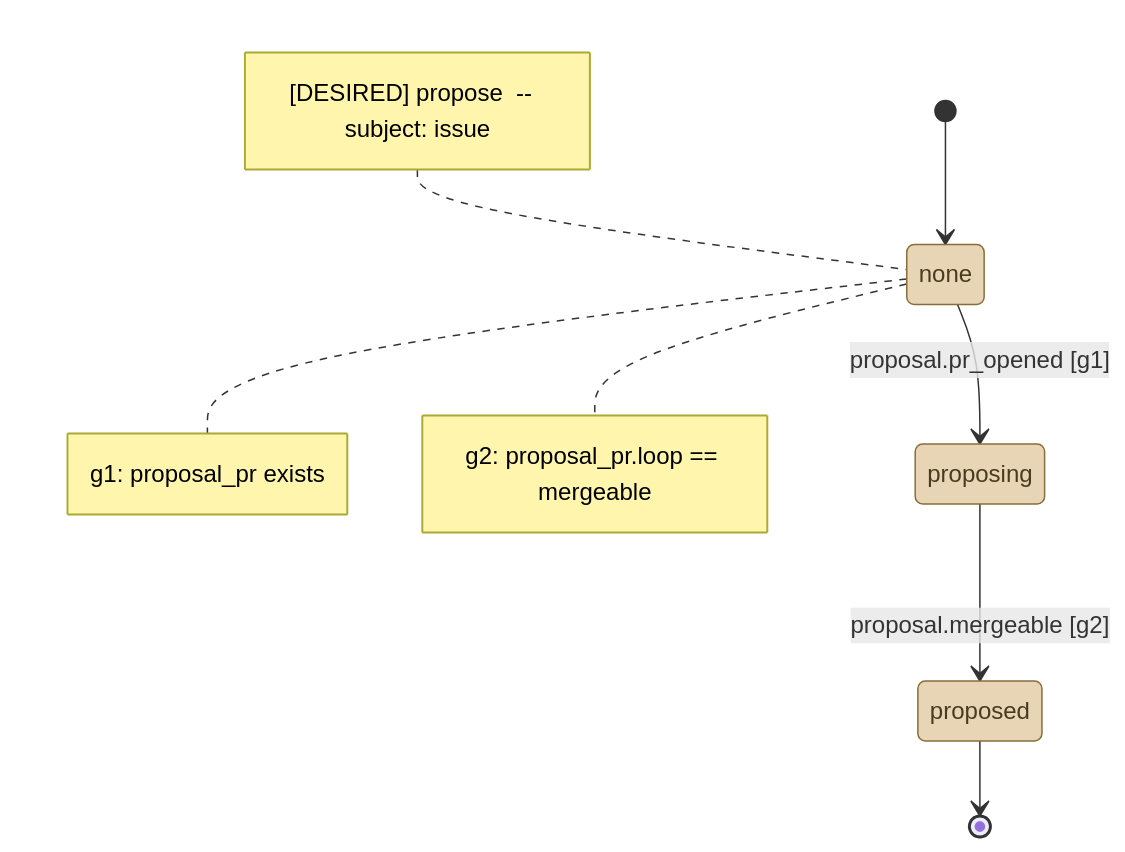
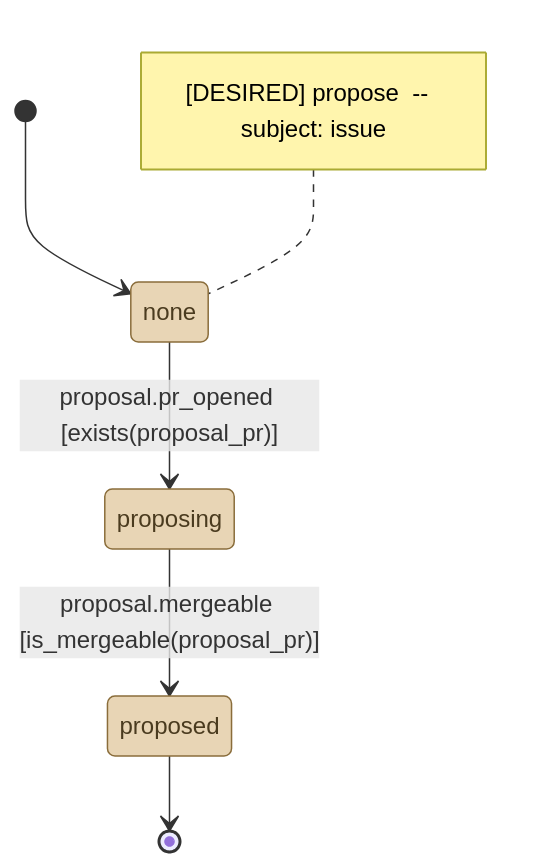
The diagram in .github/conveyor-model/mermaid/desired/propose.mmd (kostiantyn-matsebora/agent-ops-operator), drawn with Mermaid before and after one commit. The commit also changed 9 other files, not shown here.

```diff
--- a/.github/conveyor-model/mermaid/desired/propose.mmd
+++ b/.github/conveyor-model/mermaid/desired/propose.mmd
@@ -1,20 +1,14 @@
 stateDiagram-v2
     [*] --> none
     note left of none
         [DESIRED] propose  --  subject: issue
     end note
     classDef stationState fill:#e8d5b5,stroke:#8a6d3b,color:#4a3b1f
     classDef loopState fill:#c9e4de,stroke:#2f6b5e,color:#1a3b33
     state none
     state proposing
     state proposed
-    none --> proposing : proposal.pr_opened [g1]
-    proposing --> proposed : proposal.mergeable [g2]
+    none --> proposing : proposal.pr_opened [exists(proposal_pr)]
+    proposing --> proposed : proposal.mergeable [is_mergeable(proposal_pr)]
     proposed --> [*]
     class none, proposing, proposed stationState
-    note right of none
-        g1: proposal_pr exists
-    end note
-    note right of none
-        g2: proposal_pr.loop == mergeable
-    end note
```
